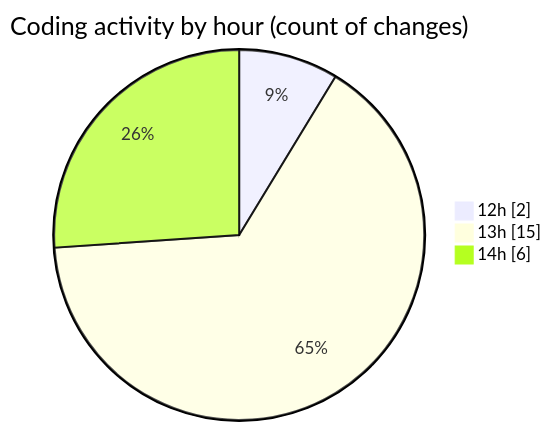
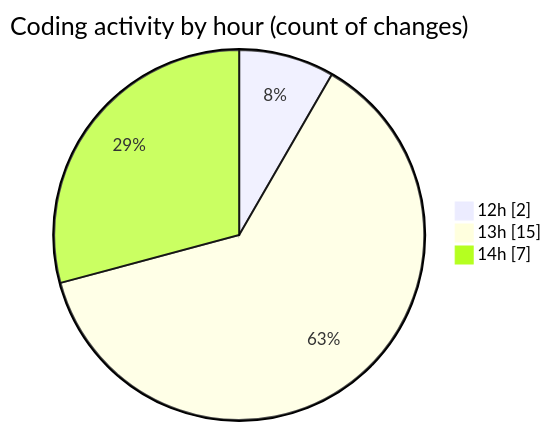
Before and after one commit to idhammustaqopulfikri/code-tracking: the second of 2 diagrams in 2025-11-13/futsal-recommender/README.md, drawn with Mermaid. The commit also changed other lines of this file and 1 other file, not shown here.

````diff
--- a/2025-11-13/futsal-recommender/README.md
+++ b/2025-11-13/futsal-recommender/README.md
@@ -36,7 +37,7 @@
 ```mermaid
 pie showData
 title Coding activity by hour (count of changes)
 "12h" : 2
 "13h" : 15
-"14h" : 6
+"14h" : 7
 ```
````
